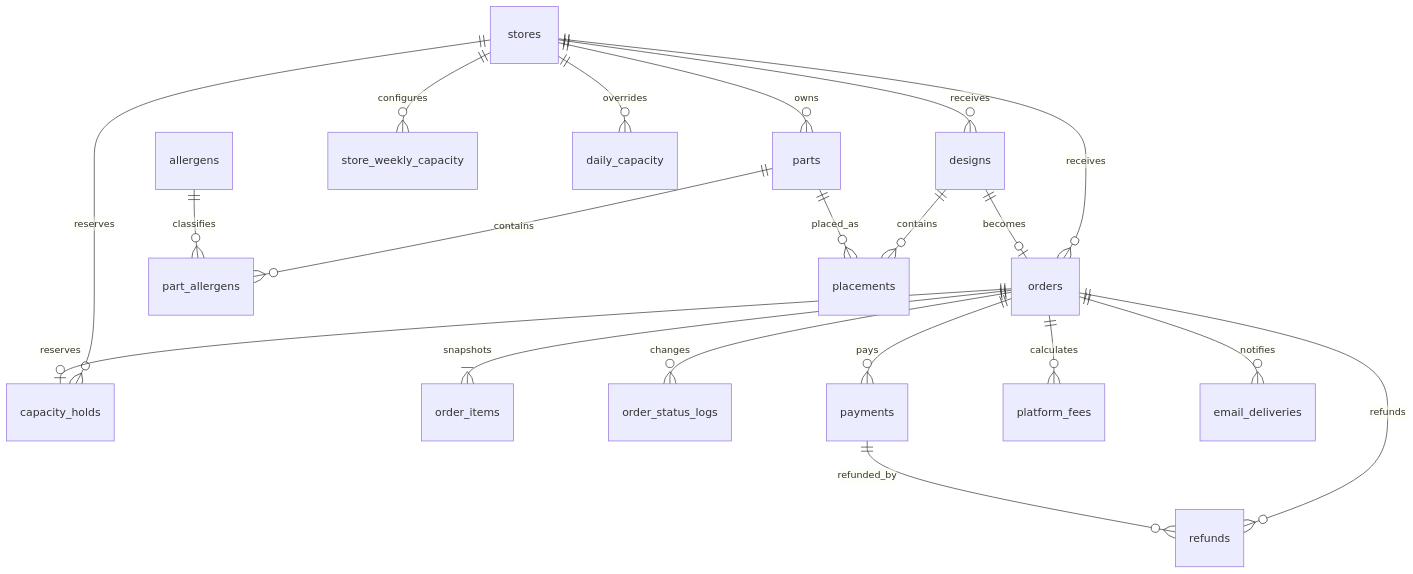
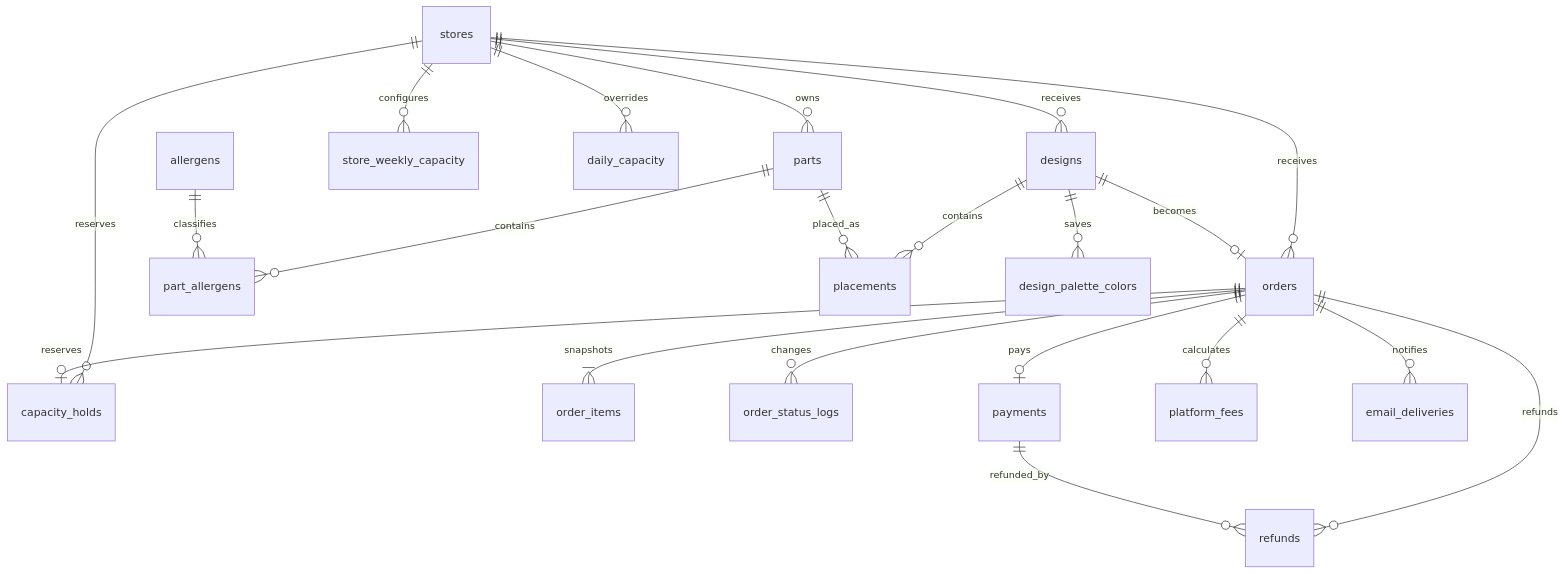
One commit to fruehlingstee/HEW_2026 changed the first of 3 diagrams in plan/issue-reference/05-er-diagram.md. Above: the diagram before and after it, drawn with Mermaid. The commit also changed other lines of this file and 13 other files, not shown here.

````diff
--- a/plan/issue-reference/05-er-diagram.md
+++ b/plan/issue-reference/05-er-diagram.md
@@ -5,24 +5,25 @@
 ```mermaid
 erDiagram
     stores ||--o{ parts : owns
     stores ||--o{ designs : receives
     stores ||--o{ orders : receives
     stores ||--o{ store_weekly_capacity : configures
     stores ||--o{ daily_capacity : overrides
     stores ||--o{ capacity_holds : reserves
 
     parts ||--o{ part_allergens : contains
     allergens ||--o{ part_allergens : classifies
     designs ||--o{ placements : contains
+    designs ||--o{ design_palette_colors : saves
     parts ||--o{ placements : placed_as
     designs ||--o| orders : becomes
 
     orders ||--|{ order_items : snapshots
     orders ||--o{ order_status_logs : changes
     orders ||--o| capacity_holds : reserves
-    orders ||--o{ payments : pays
+    orders ||--o| payments : pays
     orders ||--o{ refunds : refunds
     orders ||--o{ platform_fees : calculates
     orders ||--o{ email_deliveries : notifies
     payments ||--o{ refunds : refunded_by
 ```
````
